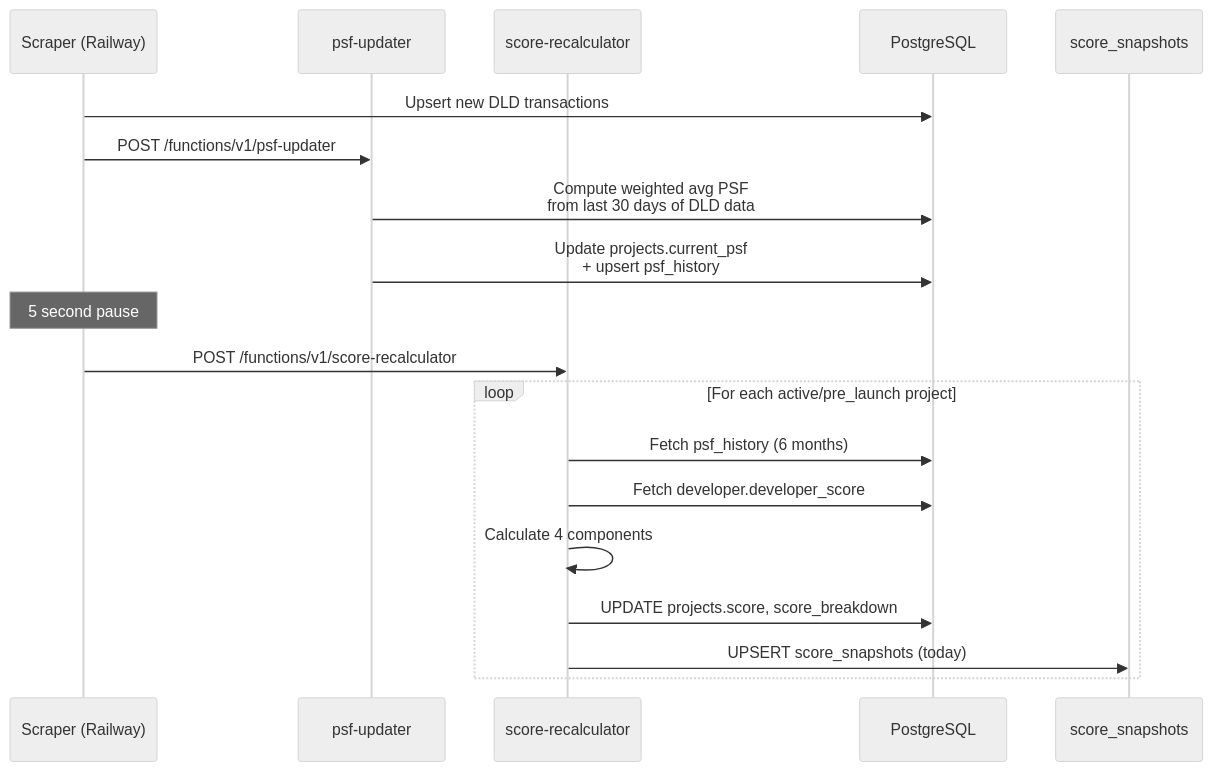
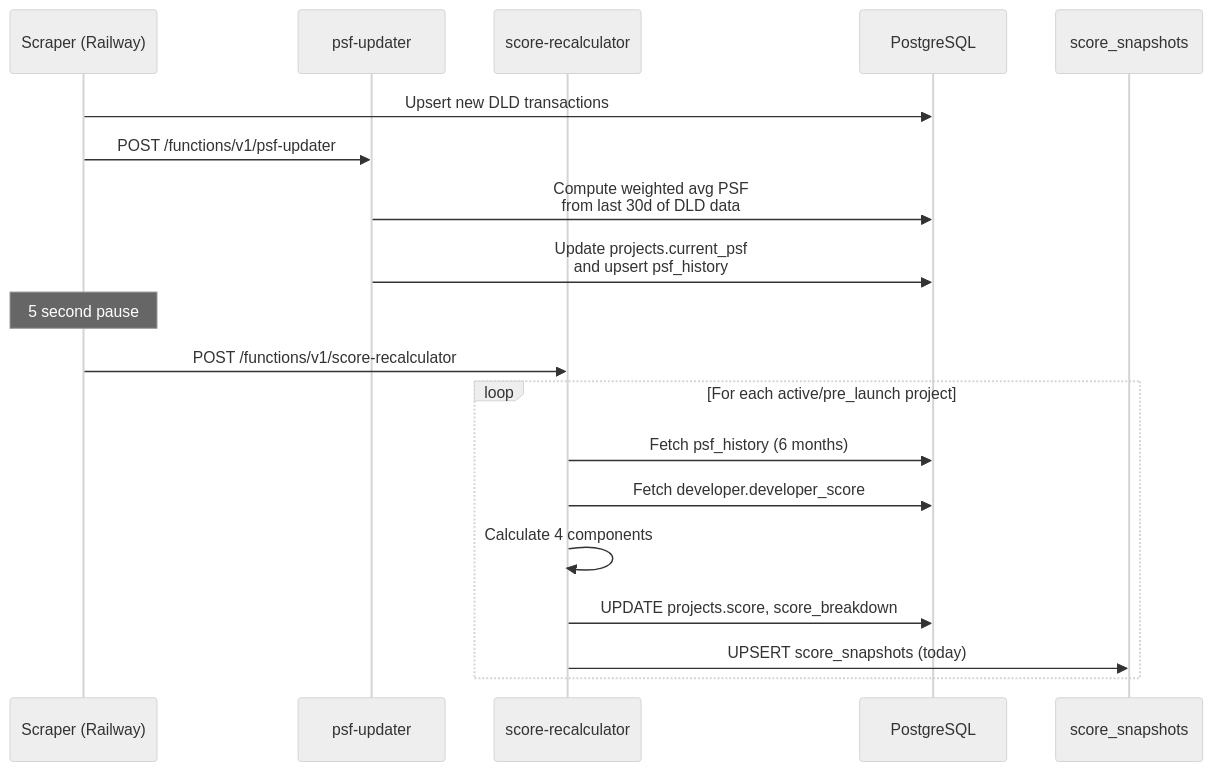
One commit to vishalm/OffplanIQ changed the fourth of 4 diagrams in docs/scoring-methodology.md. Above: the diagram before and after it, drawn with Mermaid (neutral theme). The commit also changed other lines of this file and 5 other files, not shown here.

First line of the commit message:
Fix Mermaid diagrams across all docs for GitHub rendering

````diff
--- a/docs/scoring-methodology.md
+++ b/docs/scoring-methodology.md
@@ -161,24 +167,24 @@
 ```mermaid
 sequenceDiagram
     participant S as Scraper (Railway)
     participant PSF as psf-updater
     participant SC as score-recalculator
     participant DB as PostgreSQL
     participant SN as score_snapshots
 
     S->>DB: Upsert new DLD transactions
     S->>PSF: POST /functions/v1/psf-updater
-    PSF->>DB: Compute weighted avg PSF<br/>from last 30 days of DLD data
-    PSF->>DB: Update projects.current_psf<br/>+ upsert psf_history
+    PSF->>DB: Compute weighted avg PSF<br/>from last 30d of DLD data
+    PSF->>DB: Update projects.current_psf<br/>and upsert psf_history
 
     Note over S: 5 second pause
 
     S->>SC: POST /functions/v1/score-recalculator
     loop For each active/pre_launch project
         SC->>DB: Fetch psf_history (6 months)
         SC->>DB: Fetch developer.developer_score
         SC->>SC: Calculate 4 components
         SC->>DB: UPDATE projects.score, score_breakdown
         SC->>SN: UPSERT score_snapshots (today)
     end
 ```
````
